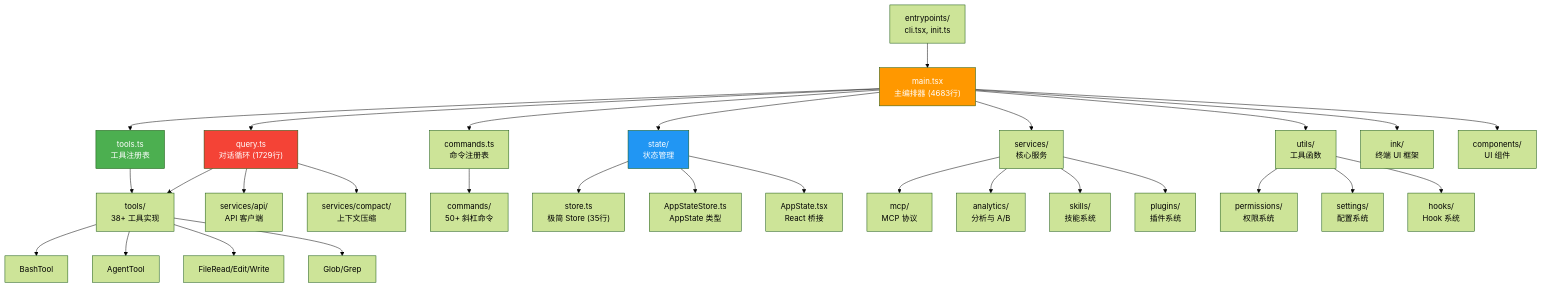
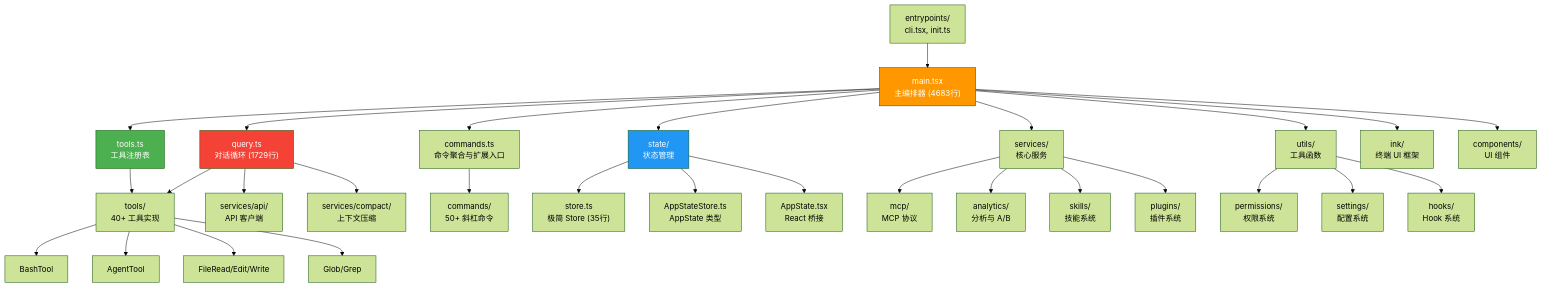
One commit to luyao618/Claude-Code-Source-Study changed the second of 2 diagrams in 01-项目全景.md. Above: the diagram before and after it, drawn with Mermaid (forest theme). The commit also changed other lines of this file and 1 other file, not shown here.

````diff
--- a/01-项目全景.md
+++ b/01-项目全景.md
@@ -269,43 +275,43 @@
 ```mermaid
 graph TD
     ENTRY["entrypoints/<br/>cli.tsx, init.ts"] --> MAIN["main.tsx<br/>主编排器 (4683行)"]
     MAIN --> QUERY["query.ts<br/>对话循环 (1729行)"]
     MAIN --> TOOLS["tools.ts<br/>工具注册表"]
-    MAIN --> CMDS["commands.ts<br/>命令注册表"]
+    MAIN --> CMDS["commands.ts<br/>命令聚合与扩展入口"]
     MAIN --> STATE["state/<br/>状态管理"]
     MAIN --> SERVICES["services/<br/>核心服务"]
 
-    QUERY --> TOOL_IMPL["tools/<br/>38+ 工具实现"]
+    QUERY --> TOOL_IMPL["tools/<br/>40+ 工具实现"]
     QUERY --> API["services/api/<br/>API 客户端"]
     QUERY --> COMPACT["services/compact/<br/>上下文压缩"]
 
     TOOLS --> TOOL_IMPL
     TOOL_IMPL --> BASH["BashTool"]
     TOOL_IMPL --> AGENT["AgentTool"]
     TOOL_IMPL --> FILE["FileRead/Edit/Write"]
     TOOL_IMPL --> SEARCH["Glob/Grep"]
 
     CMDS --> CMD_IMPL["commands/<br/>50+ 斜杠命令"]
 
     STATE --> STORE["store.ts<br/>极简 Store (35行)"]
     STATE --> APPSTATE["AppStateStore.ts<br/>AppState 类型"]
     STATE --> REACT_STATE["AppState.tsx<br/>React 桥接"]
 
     SERVICES --> MCP["mcp/<br/>MCP 协议"]
     SERVICES --> ANALYTICS["analytics/<br/>分析与 A/B"]
     SERVICES --> SKILLS["skills/<br/>技能系统"]
     SERVICES --> PLUGINS["plugins/<br/>插件系统"]
 
     MAIN --> UTILS["utils/<br/>工具函数"]
     UTILS --> PERMS["permissions/<br/>权限系统"]
     UTILS --> SETTINGS["settings/<br/>配置系统"]
     UTILS --> HOOKS["hooks/<br/>Hook 系统"]
 
     MAIN --> INK["ink/<br/>终端 UI 框架"]
     MAIN --> COMPS["components/<br/>UI 组件"]
 
     style MAIN fill:#ff9800,color:#fff
     style QUERY fill:#f44336,color:#fff
     style TOOLS fill:#4caf50,color:#fff
     style STATE fill:#2196f3,color:#fff
 ```
````
